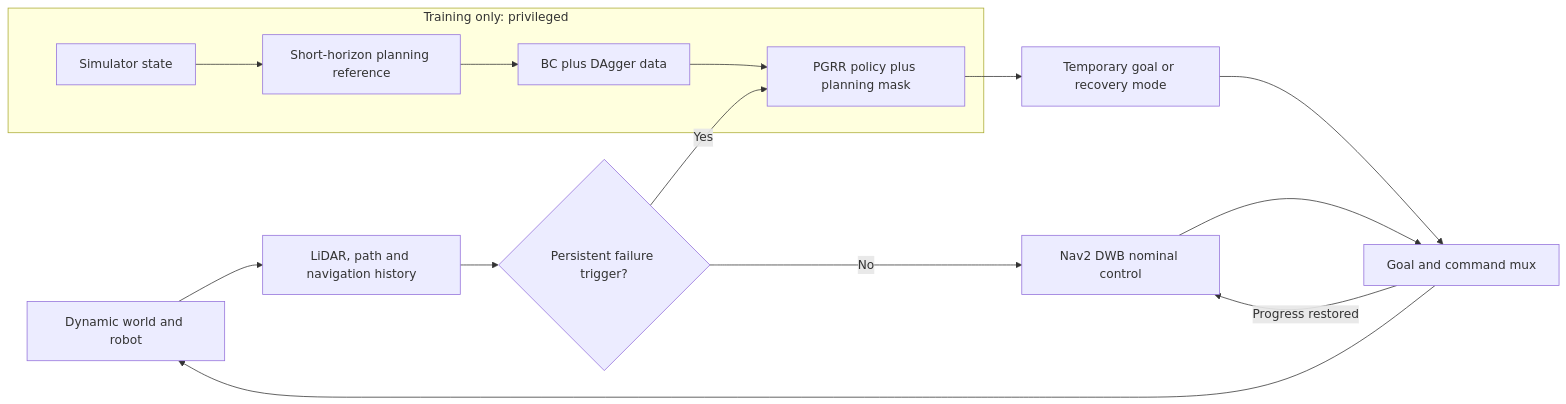
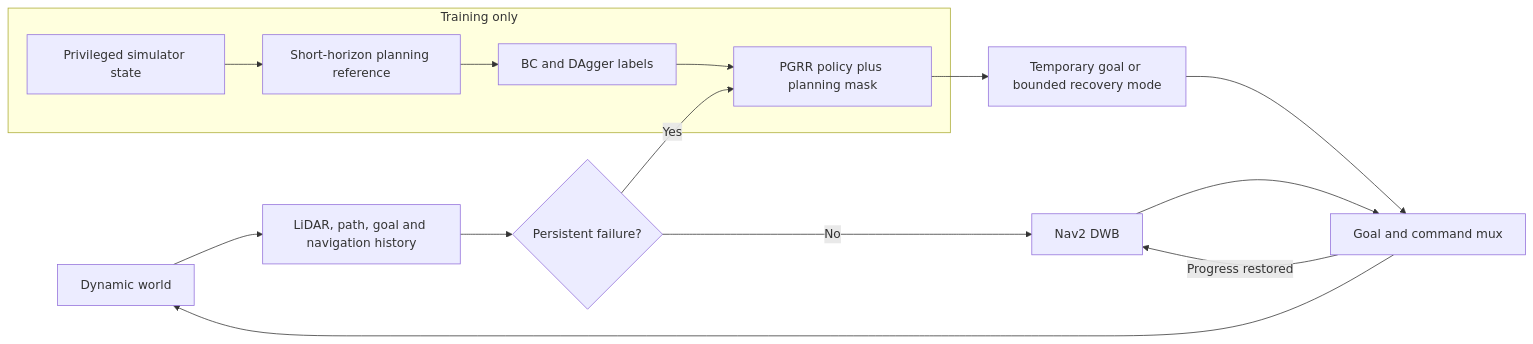
The diagram in README.md (CC-robotics/PGRR), drawn with Mermaid before and after one commit. The commit also changed other lines of this file and 14 other files, not shown here.

````diff
--- a/README.md
+++ b/README.md
@@ -100,18 +68,18 @@
 ```mermaid
 flowchart LR
-    W[Dynamic world and robot] --> O[LiDAR, path and navigation history]
-    O --> F{Persistent failure trigger?}
-    F -->|No| N[Nav2 DWB nominal control]
+    W[Dynamic world] --> O[LiDAR, path, goal and navigation history]
+    O --> F{Persistent failure?}
+    F -->|No| N[Nav2 DWB]
     F -->|Yes| P[PGRR policy plus planning mask]
-    P --> G[Temporary goal or recovery mode]
+    P --> G[Temporary goal or bounded recovery mode]
     G --> M[Goal and command mux]
     N --> M
     M --> W
     M -->|Progress restored| N
 
-    subgraph Training_only[Training only: privileged]
-        T[Simulator state] --> E[Short-horizon planning reference]
-        E --> D[BC plus DAgger data]
+    subgraph Training_only[Training only]
+        T[Privileged simulator state] --> E[Short-horizon planning reference]
+        E --> D[BC and DAgger labels]
         D --> P
     end
 ```
````
